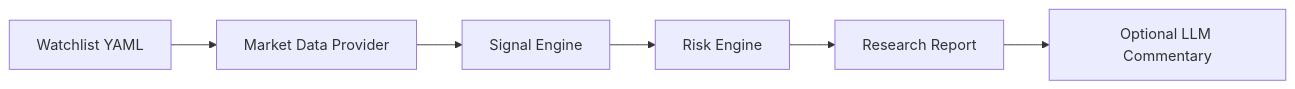
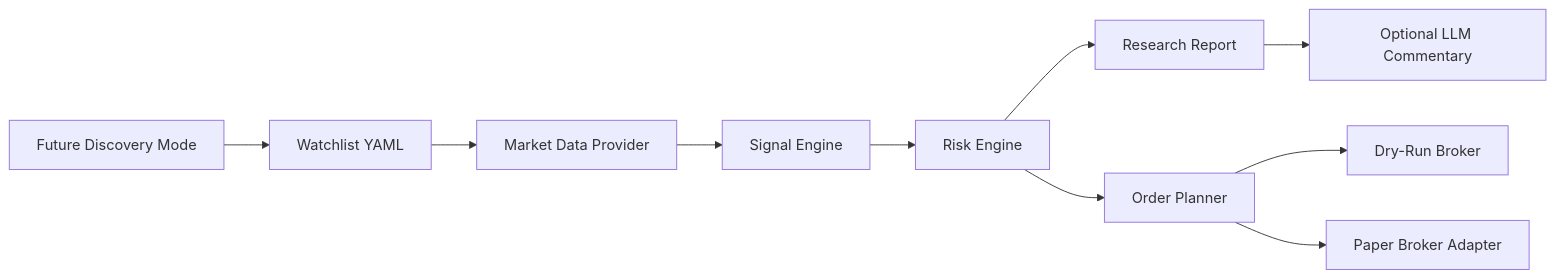
Before and after one commit to NikhilUppari/trade-sentinel: the diagram in docs/architecture.md, drawn with Mermaid. The commit also changed other lines of this file and 15 other files, not shown here.

````diff
--- a/docs/architecture.md
+++ b/docs/architecture.md
@@ -5,8 +5,12 @@
 ```mermaid
 flowchart LR
     A["Watchlist YAML"] --> B["Market Data Provider"]
+    X["Future Discovery Mode"] --> A
     B --> C["Signal Engine"]
     C --> D["Risk Engine"]
     D --> E["Research Report"]
+    D --> G["Order Planner"]
+    G --> H["Dry-Run Broker"]
+    G --> I["Paper Broker Adapter"]
     E --> F["Optional LLM Commentary"]
 ```
````
